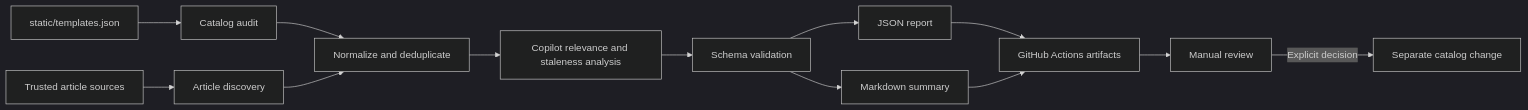
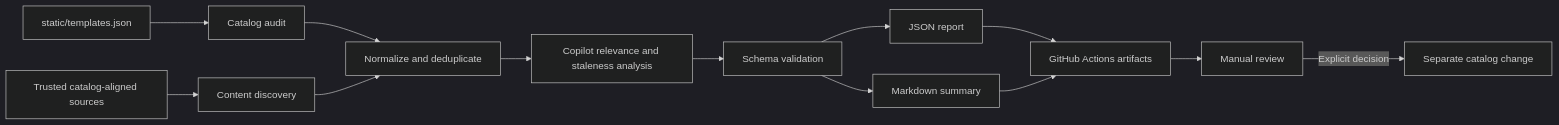
Before and after one commit to jaydestro/gallery: the diagram in docs/gallery-content-discovery-and-maintenance-proposal.md, drawn with Mermaid (dark theme). The commit also changed other lines of this file and 8 other files, not shown here.

First line of the commit message:
Expand gallery content discovery (#16)

````diff
--- a/docs/gallery-content-discovery-and-maintenance-proposal.md
+++ b/docs/gallery-content-discovery-and-maintenance-proposal.md
@@ -51,15 +51,15 @@
 ```mermaid
 flowchart LR
     A[static/templates.json] --> B[Catalog audit]
-    C[Trusted article sources] --> D[Article discovery]
+    C[Trusted catalog-aligned sources] --> D[Content discovery]
     B --> E[Normalize and deduplicate]
     D --> E
     E --> K[Copilot relevance and staleness analysis]
     K --> L[Schema validation]
     L --> F[JSON report]
     L --> G[Markdown summary]
     F --> H[GitHub Actions artifacts]
     G --> H
     H --> I[Manual review]
     I -->|Explicit decision| J[Separate catalog change]
 ```
````
